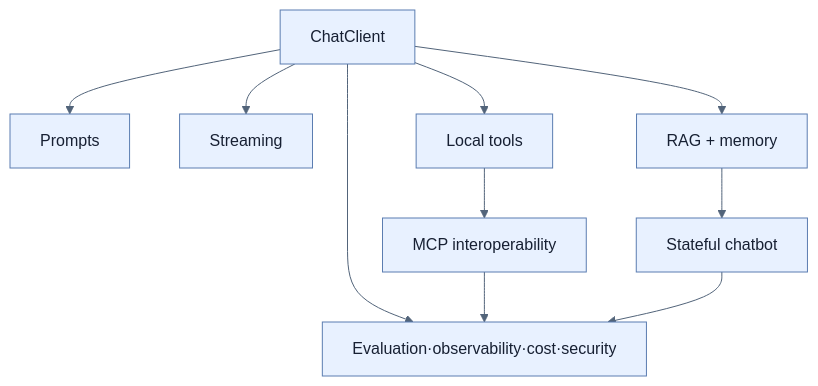
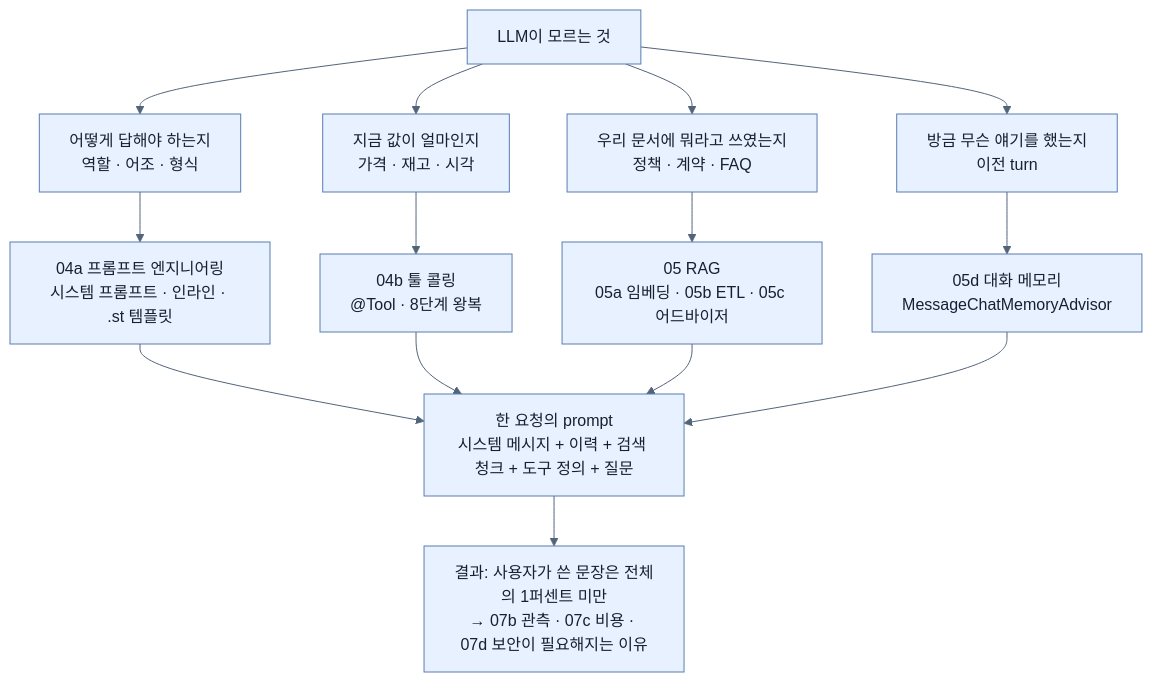
Before and after one commit to sing-u8/Learning_Spring_Boot_4: the first of 2 diagrams in spring-boot-4-pdf-notes/part-6-building-intelligent-applications-with-spring-ai/chapter-14-building-intelligent-applications-with-spring-ai/_map.md, drawn with Mermaid. The commit also changed other lines of this file and 253 other files, not shown here.

````diff
--- a/spring-boot-4-pdf-notes/part-6-building-intelligent-applications-with-spring-ai/chapter-14-building-intelligent-applications-with-spring-ai/_map.md
+++ b/spring-boot-4-pdf-notes/part-6-building-intelligent-applications-with-spring-ai/chapter-14-building-intelligent-applications-with-spring-ai/_map.md
@@ -13,11 +9,22 @@
 ```mermaid
 %%{init: {'theme': 'base', 'themeVariables': {'background': '#ffffff', 'primaryColor': '#e8f1ff', 'primaryTextColor': '#172033', 'primaryBorderColor': '#5b7db1', 'lineColor': '#52647a', 'secondaryColor': '#f7fbff', 'tertiaryColor': '#fff7df'}}}%%
-flowchart TD
-    C[ChatClient] --> P[Prompts]
-    C --> S[Streaming]
-    C --> T[Local tools]
-    C --> R[RAG + memory]
-    T --> M[MCP interoperability]
-    R --> B[Stateful chatbot]
-    C & M & B --> O[Evaluation·observability·cost·security]
+flowchart TB
+    GAP["LLM이 모르는 것"]
+
+    GAP --> G1["어떻게 답해야 하는지<br/>역할 · 어조 · 형식"]
+    GAP --> G2["지금 값이 얼마인지<br/>가격 · 재고 · 시각"]
+    GAP --> G3["우리 문서에 뭐라고 쓰였는지<br/>정책 · 계약 · FAQ"]
+    GAP --> G4["방금 무슨 얘기를 했는지<br/>이전 turn"]
+
+    G1 --> N1["04a 프롬프트 엔지니어링<br/>시스템 프롬프트 · 인라인 · .st 템플릿"]
+    G2 --> N2["04b 툴 콜링<br/>@Tool · 8단계 왕복"]
+    G3 --> N3["05 RAG<br/>05a 임베딩 · 05b ETL · 05c 어드바이저"]
+    G4 --> N4["05d 대화 메모리<br/>MessageChatMemoryAdvisor"]
+
+    N1 --> ONE["한 요청의 prompt<br/>시스템 메시지 + 이력 + 검색 청크 + 도구 정의 + 질문"]
+    N2 --> ONE
+    N3 --> ONE
+    N4 --> ONE
+
+    ONE --> COST["결과: 사용자가 쓴 문장은 전체의 1퍼센트 미만<br/>→ 07b 관측 · 07c 비용 · 07d 보안이 필요해지는 이유"]
 ```
````
